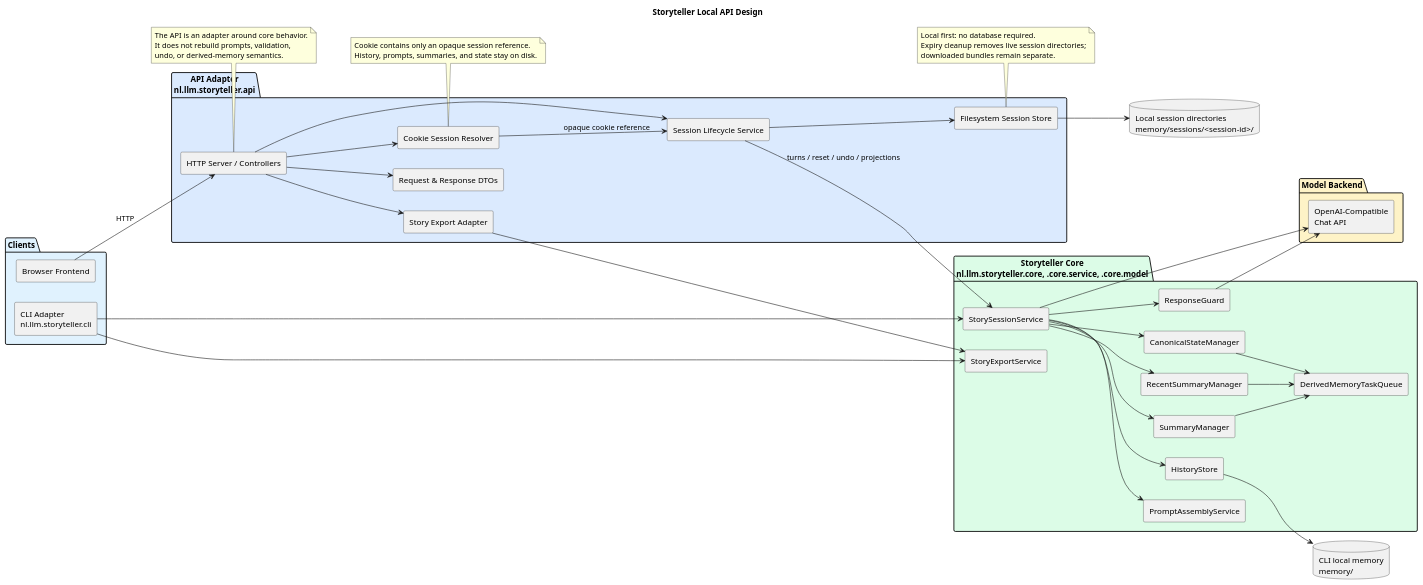
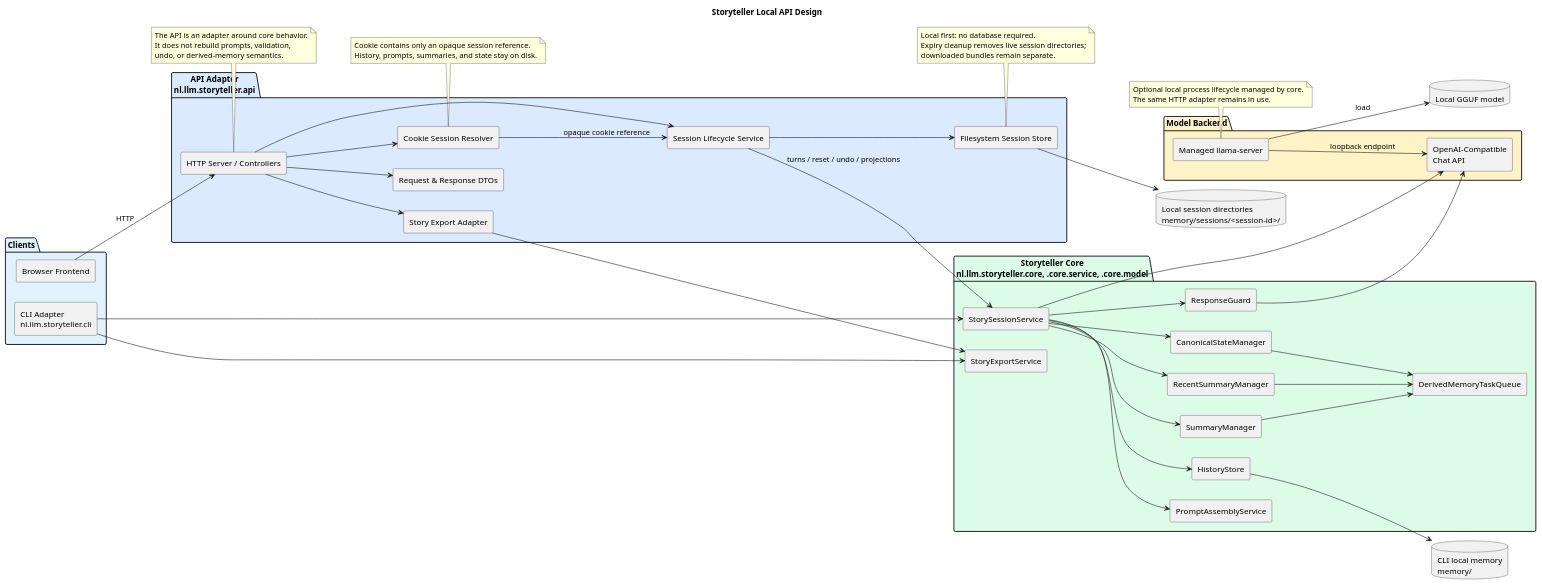
One commit to jbrugman/Assistant changed the diagram in docs/architecture/03-storyteller-api-design.puml. Above: the diagram before and after it, drawn with PlantUML. The commit also changed 23 other files, not shown here.

```diff
--- a/docs/architecture/03-storyteller-api-design.puml
+++ b/docs/architecture/03-storyteller-api-design.puml
@@ -1,85 +1,94 @@
 @startuml
 title Storyteller Local API Design
 
 left to right direction
 skinparam shadowing false
 skinparam componentStyle rectangle
 skinparam defaultFontName Arial
 
 package "Clients" #E0F2FE {
   [CLI Adapter\nnl.llm.storyteller.cli]
   [Browser Frontend]
 }
 
 package "API Adapter\nnl.llm.storyteller.api" #DBEAFE {
   [HTTP Server / Controllers]
   [Request & Response DTOs]
   [Cookie Session Resolver]
   [Session Lifecycle Service]
   [Filesystem Session Store]
   [Story Export Adapter]
 }
 
 package "Storyteller Core\nnl.llm.storyteller.core, .core.service, .core.model" #DCFCE7 {
   [StorySessionService]
   [PromptAssemblyService]
   [ResponseGuard]
   [HistoryStore]
   [SummaryManager]
   [RecentSummaryManager]
   [CanonicalStateManager]
   [DerivedMemoryTaskQueue]
   [StoryExportService]
 }
 
 package "Model Backend" #FEF3C7 {
   [OpenAI-Compatible\nChat API]
+  [Managed llama-server]
 }
 
 database "Local session directories\nmemory/sessions/<session-id>/" as SessionFiles
 database "CLI local memory\nmemory/" as CliFiles
+database "Local GGUF model" as GgufModel
 
 [Browser Frontend] --> [HTTP Server / Controllers] : HTTP
 [HTTP Server / Controllers] --> [Request & Response DTOs]
 [HTTP Server / Controllers] --> [Cookie Session Resolver]
 [HTTP Server / Controllers] --> [Session Lifecycle Service]
 [HTTP Server / Controllers] --> [Story Export Adapter]
 [Cookie Session Resolver] --> [Session Lifecycle Service] : opaque cookie reference
 [Session Lifecycle Service] --> [Filesystem Session Store]
 [Filesystem Session Store] --> SessionFiles
 [Session Lifecycle Service] --> [StorySessionService] : turns / reset / undo / projections
 [Story Export Adapter] --> [StoryExportService]
 
 [CLI Adapter\nnl.llm.storyteller.cli] --> [StorySessionService]
 [CLI Adapter\nnl.llm.storyteller.cli] --> [StoryExportService]
 [HistoryStore] --> CliFiles
 
 [StorySessionService] --> [PromptAssemblyService]
 [StorySessionService] --> [ResponseGuard]
 [StorySessionService] --> [HistoryStore]
 [StorySessionService] --> [SummaryManager]
 [StorySessionService] --> [RecentSummaryManager]
 [StorySessionService] --> [CanonicalStateManager]
 [SummaryManager] --> [DerivedMemoryTaskQueue]
 [RecentSummaryManager] --> [DerivedMemoryTaskQueue]
 [CanonicalStateManager] --> [DerivedMemoryTaskQueue]
 [ResponseGuard] --> [OpenAI-Compatible\nChat API]
 [StorySessionService] --> [OpenAI-Compatible\nChat API]
+[Managed llama-server] --> [OpenAI-Compatible\nChat API] : loopback endpoint
+[Managed llama-server] --> GgufModel : load
 
 note bottom of [Cookie Session Resolver]
 Cookie contains only an opaque session reference.
 History, prompts, summaries, and state stay on disk.
 end note
 
 note bottom of [HTTP Server / Controllers]
 The API is an adapter around core behavior.
 It does not rebuild prompts, validation,
 undo, or derived-memory semantics.
 end note
 
+note bottom of [Managed llama-server]
+Optional local process lifecycle managed by core.
+The same HTTP adapter remains in use.
+end note
+
 note bottom of [Filesystem Session Store]
 Local first: no database required.
 Expiry cleanup removes live session directories;
 downloaded bundles remain separate.
 end note
 @enduml
```
